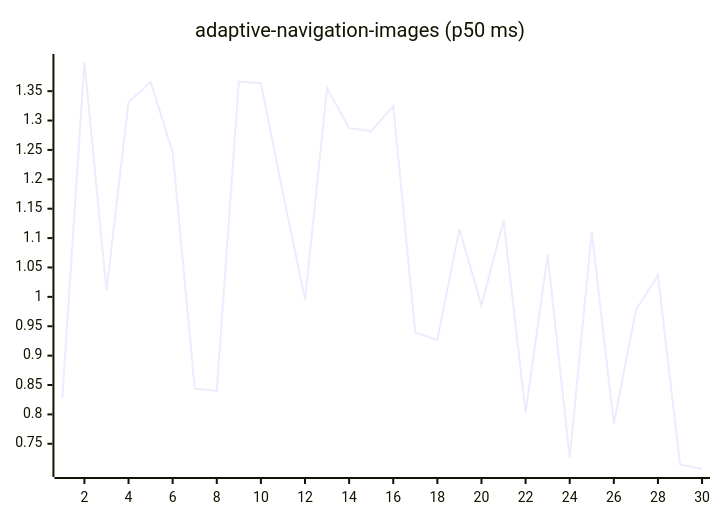
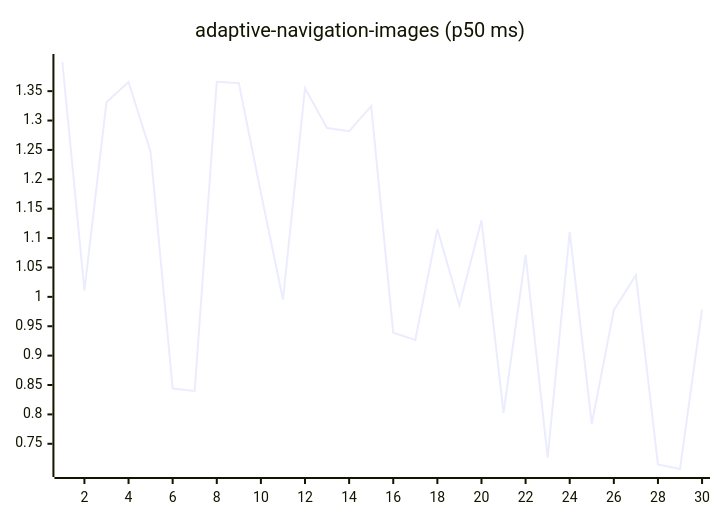
Before and after one commit to josha/Facet: the first of 27 diagrams in README.md, drawn with Mermaid. The commit also changed other lines of this file and 2 other files, not shown here.

````diff
--- a/README.md
+++ b/README.md
@@ -63,6 +63,6 @@
 ```mermaid
 xychart-beta
     title "adaptive-navigation-images (p50 ms)"
     x-axis 1 --> 30
-    line [0.8291, 1.3996, 1.0110, 1.3313, 1.3656, 1.2466, 0.8441, 0.8400, 1.3659, 1.3636, 1.1770, 0.9954, 1.3550, 1.2872, 1.2820, 1.3247, 0.9391, 0.9267, 1.1155, 0.9853, 1.1303, 0.8026, 1.0713, 0.7263, 1.1106, 0.7839, 0.9774, 1.0368, 0.7148, 0.7071]
+    line [1.3996, 1.0110, 1.3313, 1.3656, 1.2466, 0.8441, 0.8400, 1.3659, 1.3636, 1.1770, 0.9954, 1.3550, 1.2872, 1.2820, 1.3247, 0.9391, 0.9267, 1.1155, 0.9853, 1.1303, 0.8026, 1.0713, 0.7263, 1.1106, 0.7839, 0.9774, 1.0368, 0.7148, 0.7071, 0.9787]
 ```
````
